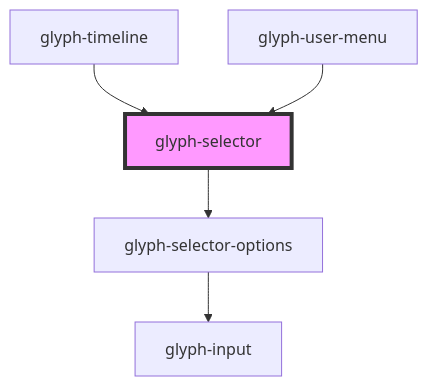
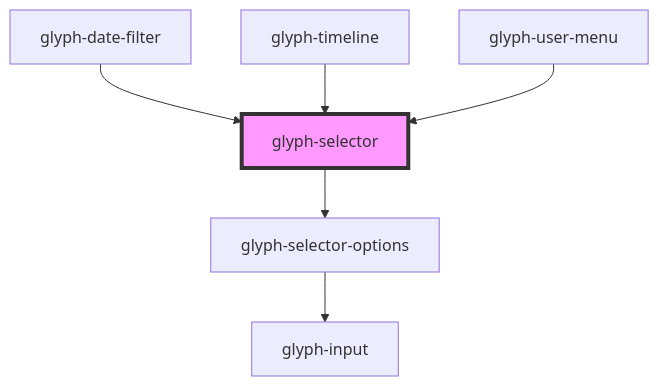
Before and after one commit to adrianiy/synth-ui: the diagram in packages/glyph-components/src/components/selector/readme.md, drawn with Mermaid. The commit also changed other lines of this file and 35 other files, not shown here.

Commit message:
feat(components): add date filter

````diff
--- a/packages/glyph-components/src/components/selector/readme.md
+++ b/packages/glyph-components/src/components/selector/readme.md
@@ -39,8 +40,9 @@
 ```mermaid
 graph TD;
   glyph-selector --> glyph-selector-options
   glyph-selector-options --> glyph-input
+  glyph-date-filter --> glyph-selector
   glyph-timeline --> glyph-selector
   glyph-user-menu --> glyph-selector
   style glyph-selector fill:#f9f,stroke:#333,stroke-width:4px
 ```
````
